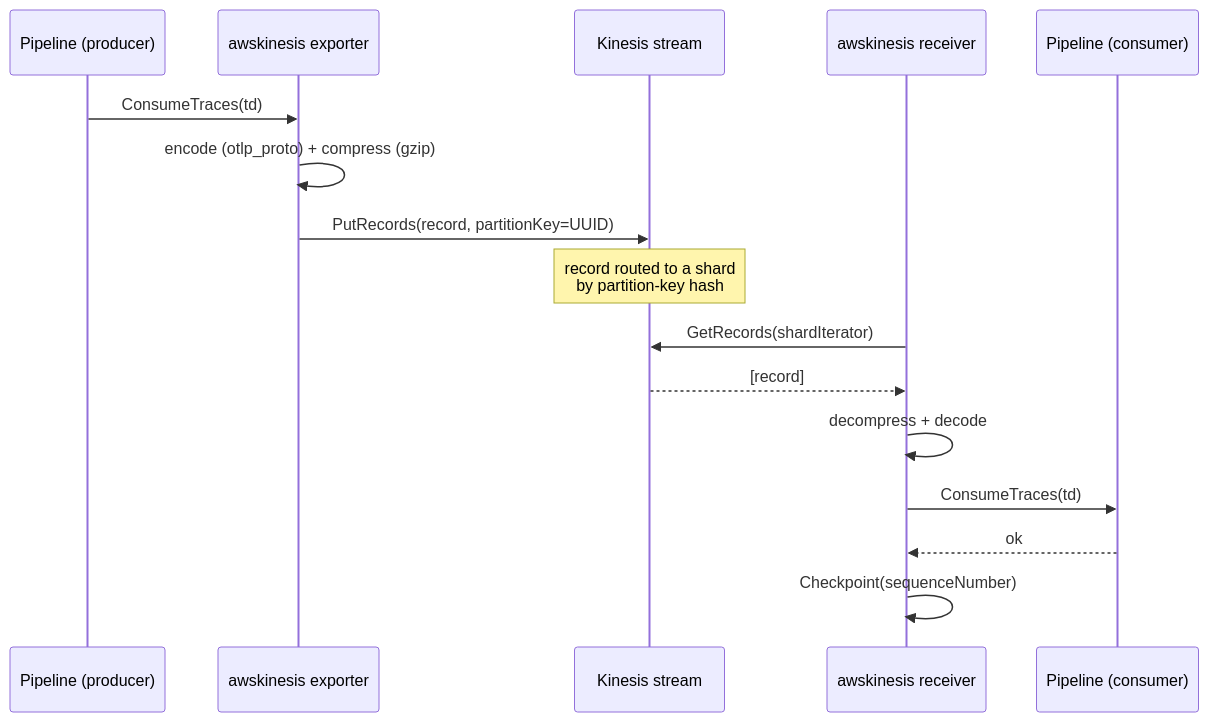
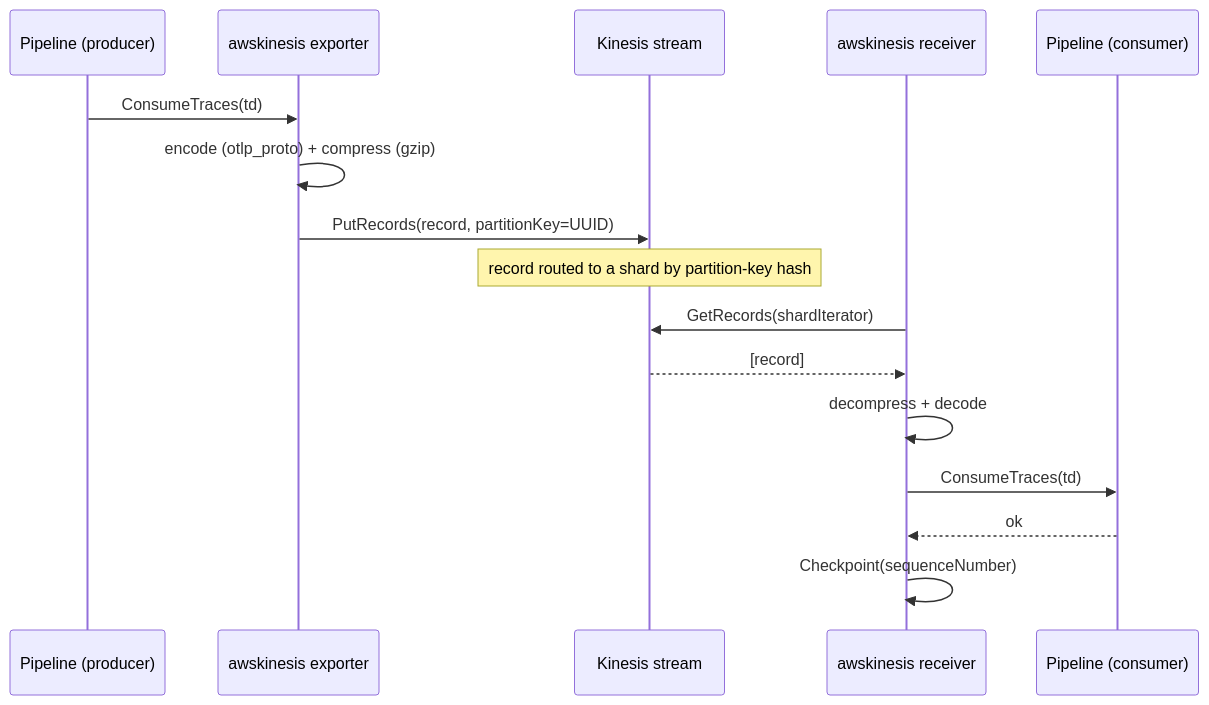
The first of 6 diagrams in docs/user-guide.md (jrglee/opentelemetry-kinesis-stream), drawn with Mermaid before and after one commit. The commit also changed other lines of this file and 1 other file, not shown here.

First line of the commit message:
Verify reshard invariant synthetically; fix user-guide diagrams

````diff
--- a/docs/user-guide.md
+++ b/docs/user-guide.md
@@ -378,19 +372,19 @@
 ```mermaid
 sequenceDiagram
     participant P as Pipeline (producer)
     participant EX as awskinesis exporter
     participant K as Kinesis stream
     participant RX as awskinesis receiver
     participant C as Pipeline (consumer)
 
     P->>EX: ConsumeTraces(td)
     EX->>EX: encode (otlp_proto) + compress (gzip)
     EX->>K: PutRecords(record, partitionKey=UUID)
-    Note over K: record routed to a shard<br/>by partition-key hash
+    Note over K: record routed to a shard by partition-key hash
     RX->>K: GetRecords(shardIterator)
     K-->>RX: [record]
     RX->>RX: decompress + decode
     RX->>C: ConsumeTraces(td)
     C-->>RX: ok
     RX->>RX: Checkpoint(sequenceNumber)
 ```
````
